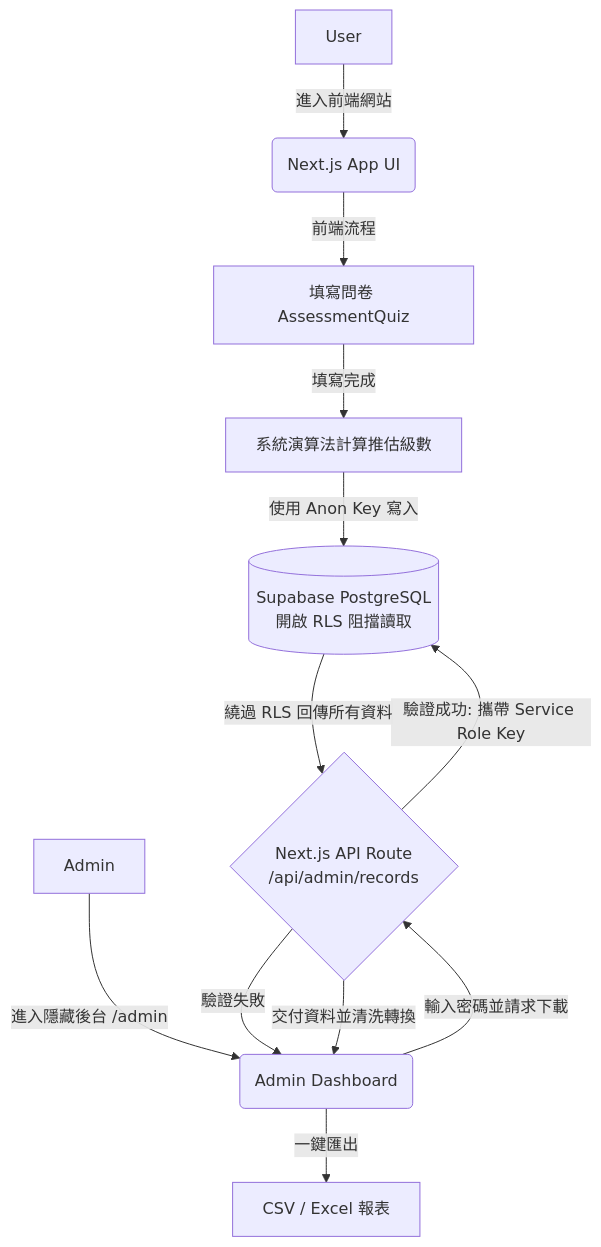
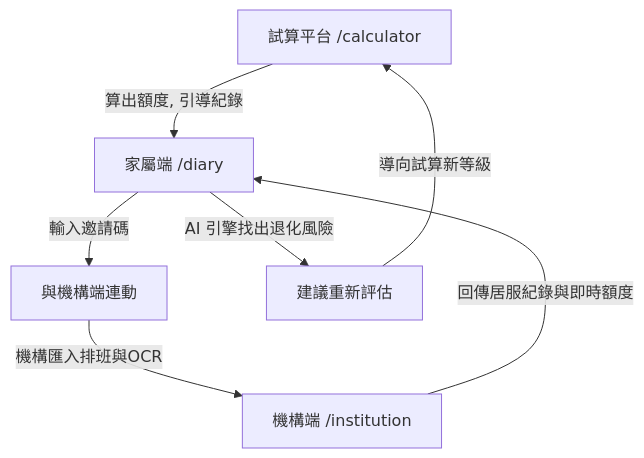
One commit to JacksonChung1224/Tibame-CareEasy-Group-Project changed the diagram in docs/technical_architecture.md. Above: the diagram before and after it, drawn with Mermaid. The commit also changed other lines of this file, not shown here.

````diff
--- a/docs/technical_architecture.md
+++ b/docs/technical_architecture.md
@@ -63,16 +61,9 @@
 ```mermaid
 graph TD
-    A[User] -->|進入前端網站| B(Next.js App UI)
-    B -->|前端流程| C[填寫問卷 AssessmentQuiz]
-    C -->|填寫完成| D[系統演算法計算推估級數]
-    
-    D -->|使用 Anon Key 寫入| E[(Supabase PostgreSQL\n開啟 RLS 阻擋讀取)]
-    
-    F[Admin] -->|進入隱藏後台 /admin| G(Admin Dashboard)
-    G -->|輸入密碼並請求下載| H{Next.js API Route\n/api/admin/records}
-    H -->|驗證失敗| G
-    H -->|驗證成功: 攜帶 Service Role Key| E
-    E -->|繞過 RLS 回傳所有資料| H
-    H -->|交付資料並清洗轉換| G
-    G -->|一鍵匯出| I[CSV / Excel 報表]
+    A[試算平台 /calculator] -->|算出額度, 引導紀錄| B[家屬端 /diary]
+    B -->|輸入邀請碼| C[與機構端連動]
+    C -->|機構匯入排班與OCR| D[機構端 /institution]
+    D -->|回傳居服紀錄與即時額度| B
+    B -->|AI 引擎找出退化風險| E[建議重新評估]
+    E -->|導向試算新等級| A
 ```
````
